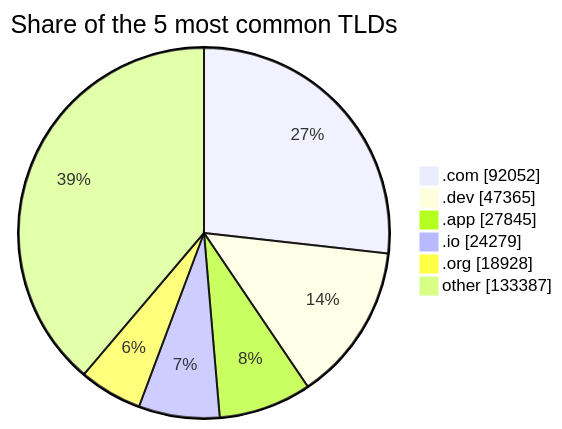
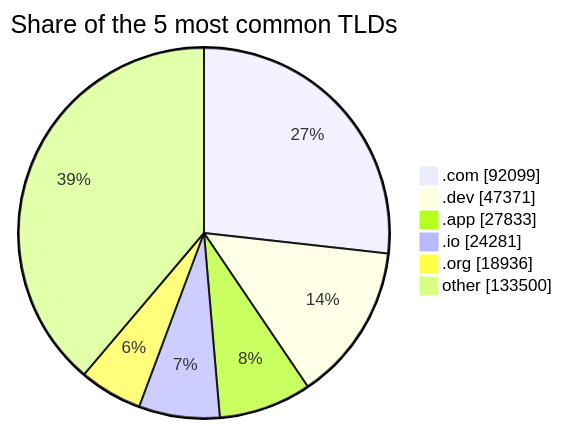
The third of 3 diagrams in README.md (DNSBunker/CTI), drawn with Mermaid before and after one commit. The commit also changed other lines of this file and 3 other files, not shown here.

````diff
--- a/README.md
+++ b/README.md
@@ -81,9 +81,9 @@
 ```mermaid
 pie showData title Share of the 5 most common TLDs
-    ".com" : 92052
-    ".dev" : 47365
-    ".app" : 27845
-    ".io" : 24279
-    ".org" : 18928
-    "other" : 133387
+    ".com" : 92099
+    ".dev" : 47371
+    ".app" : 27833
+    ".io" : 24281
+    ".org" : 18936
+    "other" : 133500
 ```
````
